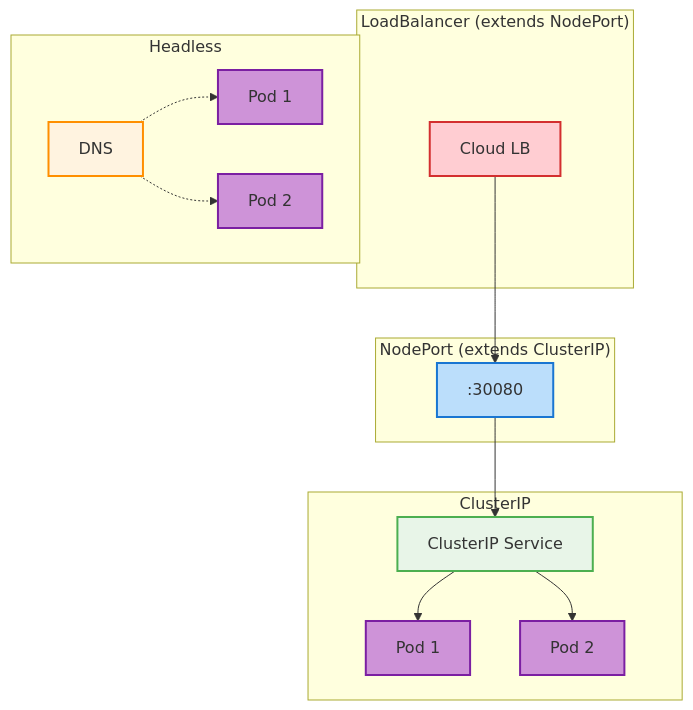
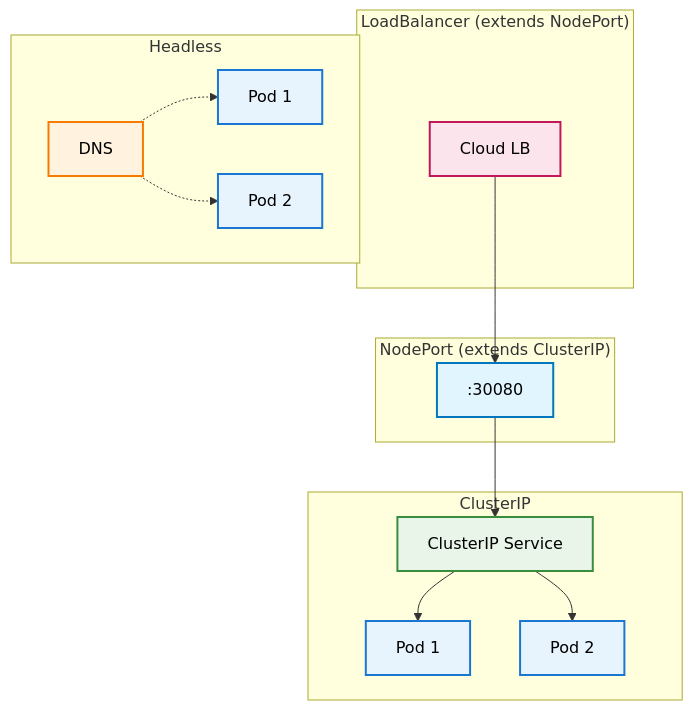
Before and after one commit to razkevich/system_design_course: the third of 5 diagrams in 1.3_network_and_communication/kubernetes_networking.md, drawn with Mermaid. The commit also changed other lines of this file and 1 other file, not shown here.

````diff
--- a/1.3_network_and_communication/kubernetes_networking.md
+++ b/1.3_network_and_communication/kubernetes_networking.md
@@ -208,33 +200,29 @@
 ```mermaid
 flowchart TD
     subgraph "ClusterIP"
         C["ClusterIP Service"] --> P1["Pod 1"]
         C --> P2["Pod 2"]
     end
     
     subgraph "NodePort (extends ClusterIP)"
         N[":30080"] --> C
     end
     
     subgraph "LoadBalancer (extends NodePort)"
         L["Cloud LB"] --> N
     end
     
     subgraph "Headless"
         H["DNS"] -.-> HP1["Pod 1"]
         H -.-> HP2["Pod 2"]
     end
     
-    %% Styling
-    classDef serviceStyle fill:#e8f5e8,stroke:#4caf50,stroke-width:2px
-    classDef podStyle fill:#ce93d8,stroke:#7b1fa2,stroke-width:2px
-    classDef nodeStyle fill:#bbdefb,stroke:#1976d2,stroke-width:2px
-    classDef lbStyle fill:#ffcdd2,stroke:#d32f2f,stroke-width:2px
-    classDef dnsStyle fill:#fff3e0,stroke:#ff8f00,stroke-width:2px
-    
-    class C serviceStyle
-    class P1,P2,HP1,HP2 podStyle
-    class N nodeStyle
-    class L lbStyle
-    class H dnsStyle
+    style C fill:#e8f5e8,stroke:#388e3c,stroke-width:2px,color:#000
+    style P1 fill:#e8f4fd,stroke:#1976d2,stroke-width:2px,color:#000
+    style P2 fill:#e8f4fd,stroke:#1976d2,stroke-width:2px,color:#000
+    style HP1 fill:#e8f4fd,stroke:#1976d2,stroke-width:2px,color:#000
+    style HP2 fill:#e8f4fd,stroke:#1976d2,stroke-width:2px,color:#000
+    style N fill:#e1f5fe,stroke:#0277bd,stroke-width:2px,color:#000
+    style L fill:#fce4ec,stroke:#c2185b,stroke-width:2px,color:#000
+    style H fill:#fff3e0,stroke:#f57c00,stroke-width:2px,color:#000
 ```
````
